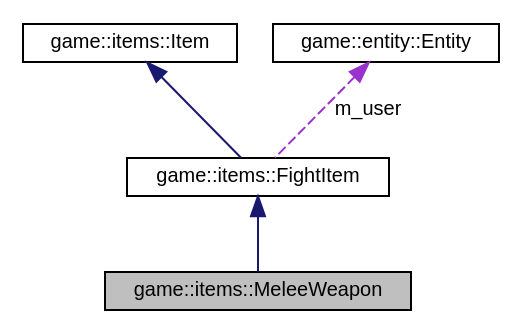
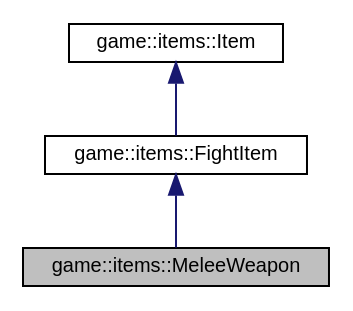
One commit to Wisteca/FilRougeDoc changed the diagram in classgame_1_1items_1_1_melee_weapon__coll__graph.dot. Above: the diagram before and after it, drawn with Graphviz. The commit also changed 210 other files, not shown here.

```diff
--- a/classgame_1_1items_1_1_melee_weapon__coll__graph.dot
+++ b/classgame_1_1items_1_1_melee_weapon__coll__graph.dot
@@ -1,13 +1,11 @@
 digraph "game::items::MeleeWeapon"
 {
  // LATEX_PDF_SIZE
   edge [fontname="Helvetica",fontsize="10",labelfontname="Helvetica",labelfontsize="10"];
   node [fontname="Helvetica",fontsize="10",shape=record];
   Node1 [label="game::items::MeleeWeapon",height=0.2,width=0.4,color="black", fillcolor="grey75", style="filled", fontcolor="black",tooltip="A Melee Weapon is used to make physical damages, for example a sword."];
   Node2 -> Node1 [dir="back",color="midnightblue",fontsize="10",style="solid",fontname="Helvetica"];
   Node2 [label="game::items::FightItem",height=0.2,width=0.4,color="black", fillcolor="white", style="filled",URL="$classgame_1_1items_1_1_fight_item.html",tooltip="A FightItem is an object that has a role in combat."];
   Node3 -> Node2 [dir="back",color="midnightblue",fontsize="10",style="solid",fontname="Helvetica"];
   Node3 [label="game::items::Item",height=0.2,width=0.4,color="black", fillcolor="white", style="filled",URL="$classgame_1_1items_1_1_item.html",tooltip="An item is an object an entity can own and use."];
-  Node4 -> Node2 [dir="back",color="darkorchid3",fontsize="10",style="dashed",label=" m_user" ,fontname="Helvetica"];
-  Node4 [label="game::entity::Entity",height=0.2,width=0.4,color="black", fillcolor="white", style="filled",URL="$classgame_1_1entity_1_1_entity.html",tooltip=" "];
 }
```
